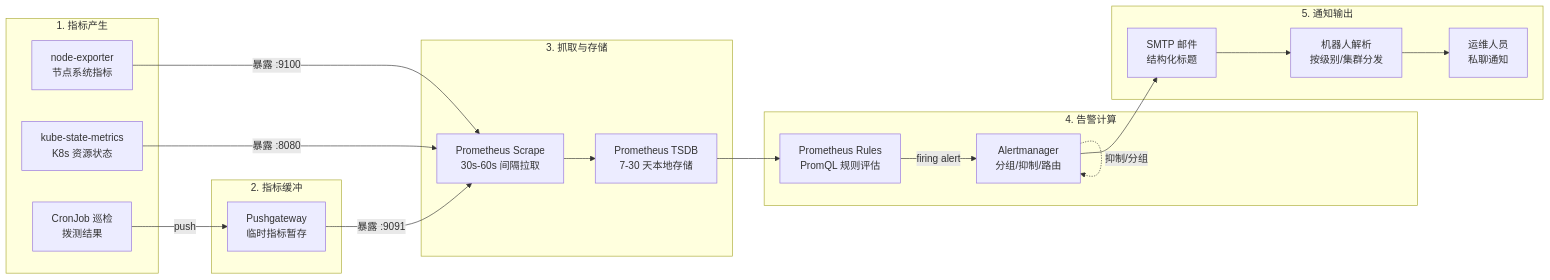
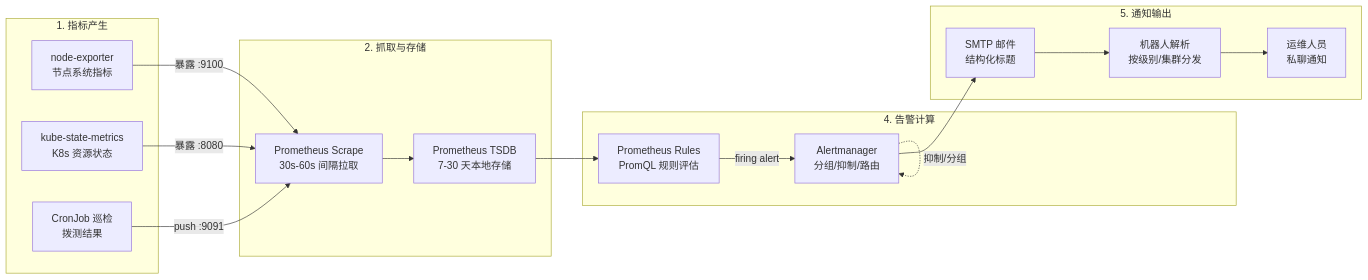
Before and after one commit to KadenZhang3321/CI_stable: the second of 3 diagrams in Architecture Design/#1 Architecture Design Specification.md, drawn with Mermaid. The commit also changed other lines of this file, not shown here.

Commit message:
Simplify architecture: remove per-cluster Pushgateway, CronJob pushes directly to center

````diff
--- a/Architecture Design/#1 Architecture Design Specification.md
+++ b/Architecture Design/#1 Architecture Design Specification.md
@@ -88,40 +84,35 @@
 ```mermaid
 graph LR
     subgraph "1. 指标产生"
         Node["node-exporter<br/>节点系统指标"]
         K8s["kube-state-metrics<br/>K8s 资源状态"]
         Probe["CronJob 巡检<br/>拨测结果"]
     end
 
-    subgraph "2. 指标缓冲"
-        PG["Pushgateway<br/>临时指标暂存"]
-    end
-
-    subgraph "3. 抓取与存储"
+    subgraph "2. 抓取与存储"
         Scrape["Prometheus Scrape<br/>30s-60s 间隔拉取"]
         TSDB["Prometheus TSDB<br/>7-30 天本地存储"]
     end
 
     subgraph "4. 告警计算"
         Rules["Prometheus Rules<br/>PromQL 规则评估"]
         AM["Alertmanager<br/>分组/抑制/路由"]
     end
 
     subgraph "5. 通知输出"
         Email["SMTP 邮件<br/>结构化标题"]
         Bot["机器人解析<br/>按级别/集群分发"]
         Staff["运维人员<br/>私聊通知"]
     end
 
     Node -->|暴露 :9100| Scrape
     K8s -->|暴露 :8080| Scrape
-    Probe -->|push| PG
-    PG -->|暴露 :9091| Scrape
+    Probe -->|push :9091| Scrape
     Scrape --> TSDB
     TSDB --> Rules
     Rules -->|firing alert| AM
     AM --> Email
     Email --> Bot
     Bot --> Staff
     AM -.->|抑制/分组| AM
 ```
````
